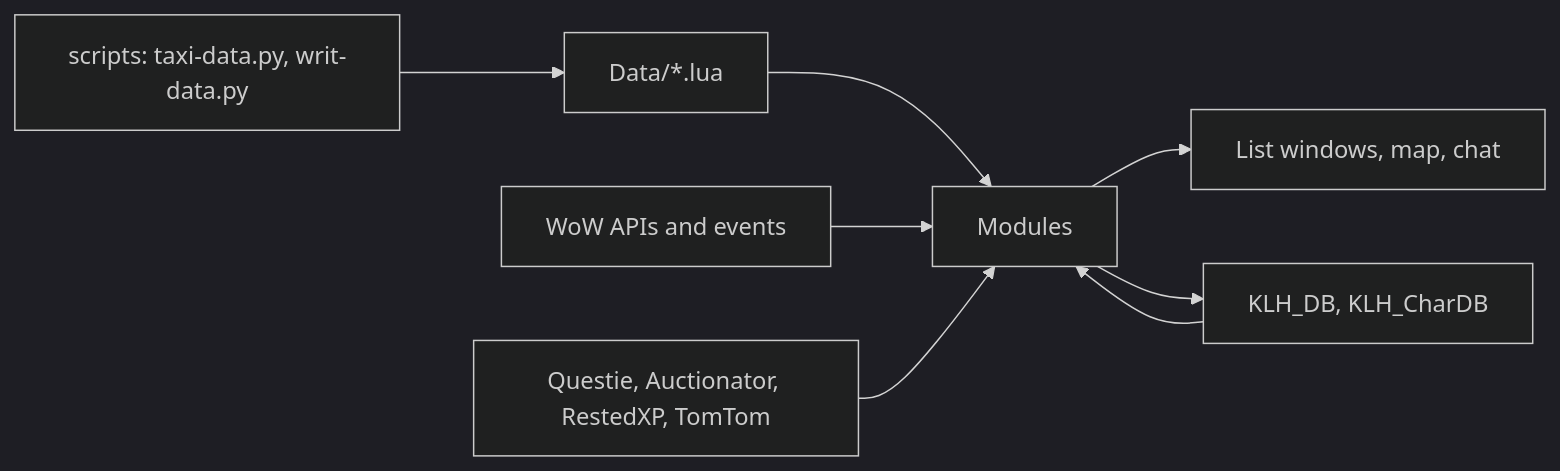
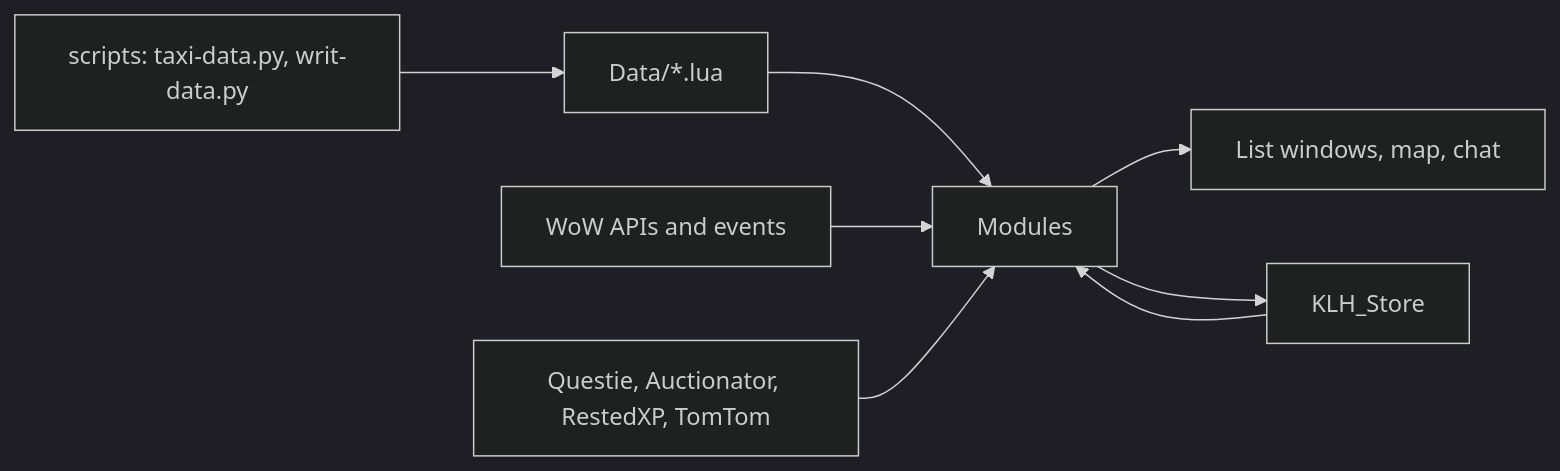
Before and after one commit to lkshrk/KlausisLittleHelpers: the sixth of 6 diagrams in docs/3. Workflow Overview.md, drawn with Mermaid (dark theme). The commit also changed other lines of this file and 65 other files, not shown here.

````diff
--- a/docs/3. Workflow Overview.md
+++ b/docs/3. Workflow Overview.md
@@ -202,10 +182,10 @@
 ```mermaid
 flowchart LR
     Gen["scripts: taxi-data.py, writ-data.py"] --> Data["Data/*.lua"]
     Data --> Mods["Modules"]
     Game["WoW APIs and events"] --> Mods
     Other["Questie, Auctionator, RestedXP, TomTom"] --> Mods
     Mods --> Windows["List windows, map, chat"]
-    Mods --> SV["KLH_DB, KLH_CharDB"]
+    Mods --> SV["KLH_Store"]
     SV --> Mods
 ```
````
